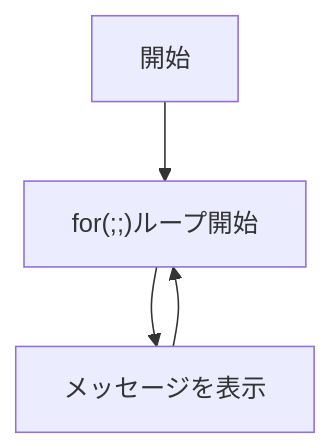
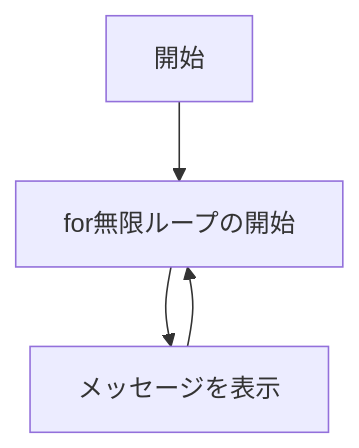
Before and after one commit to kanjiz/java-training-design-docs: the second of 2 diagrams in chapter04/InfiniteLoopFor-README.md, drawn with Mermaid. The commit also changed other lines of this file and 1 other file, not shown here.

````diff
--- a/chapter04/InfiniteLoopFor-README.md
+++ b/chapter04/InfiniteLoopFor-README.md
@@ -51,6 +38,6 @@
 ```mermaid
 flowchart TD
-    A[開始] --> B["for(;;)ループ開始"]
+    A[開始] --> B[for無限ループの開始]
     B --> C[メッセージを表示]
     C --> B
 ```
````
